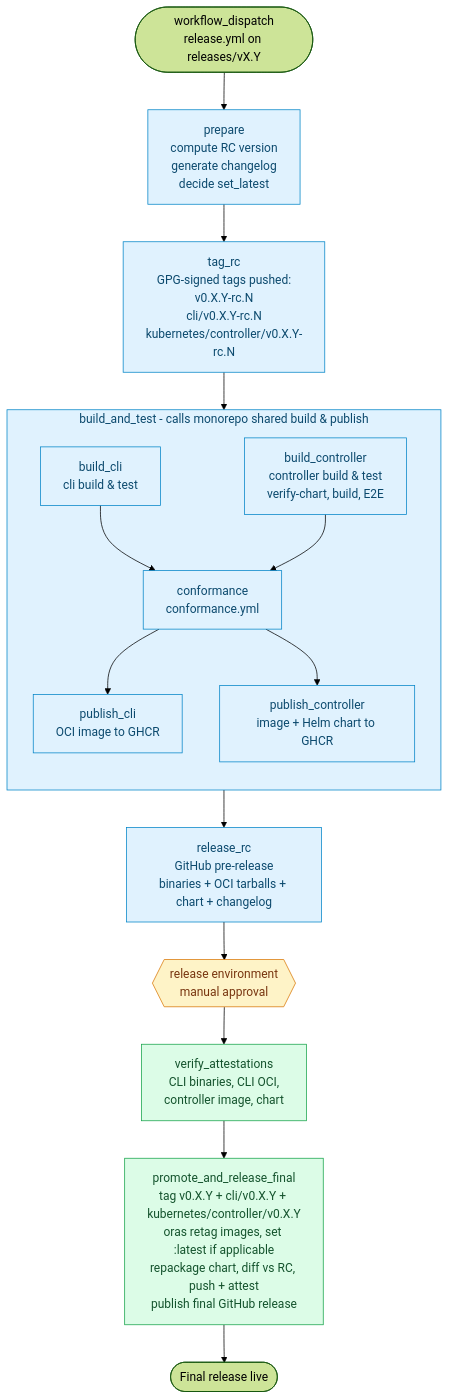
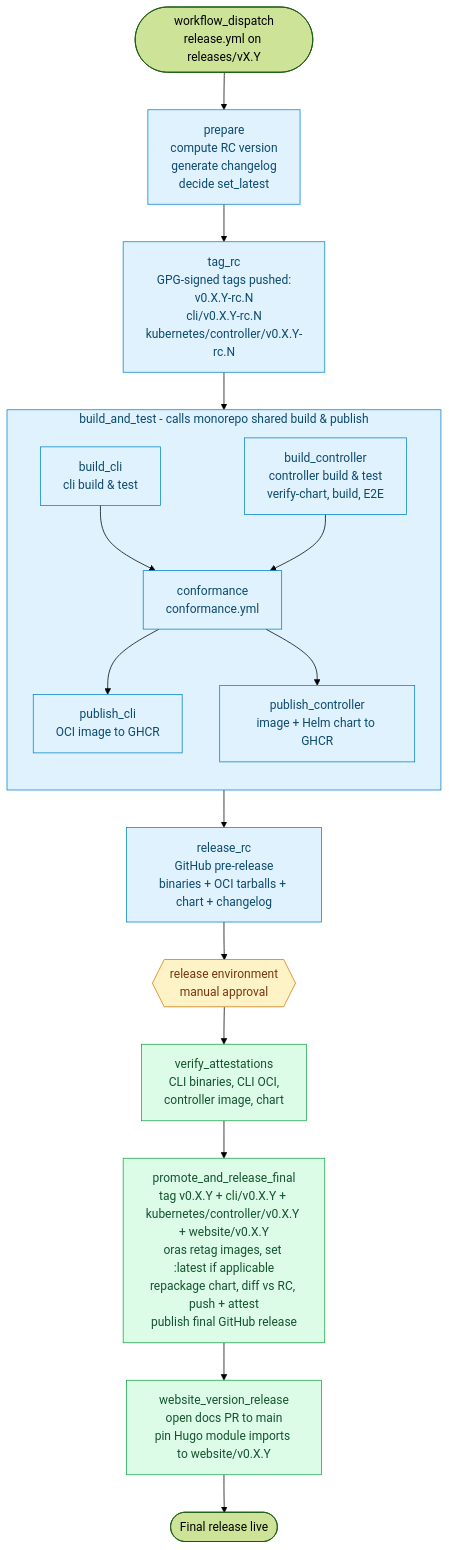
Before and after one commit to open-component-model/open-component-model: the second of 2 diagrams in RELEASE_PROCESS.md, drawn with Mermaid (forest theme). The commit also changed other lines of this file, not shown here.

First line of the commit message:
docs(release): document website integration into unified release flow

````diff
--- a/RELEASE_PROCESS.md
+++ b/RELEASE_PROCESS.md
@@ -48,35 +51,36 @@
 ```mermaid
 flowchart TD
     Start([workflow_dispatch<br/>release.yml on releases/vX.Y])
     Start --> Prepare[prepare<br/>compute RC version<br/>generate changelog<br/>decide set_latest]
     Prepare --> TagRC[tag_rc<br/>GPG-signed tags pushed:<br/>v0.X.Y-rc.N<br/>cli/v0.X.Y-rc.N<br/>kubernetes/controller/v0.X.Y-rc.N]
     TagRC --> Pipeline
 
     subgraph Pipeline["build_and_test - calls monorepo shared build & publish"]
         direction TB
         BuildCLI["build_cli<br/>cli build & test"]
         BuildCtl["build_controller<br/>controller build & test<br/>verify-chart, build, E2E"]
         Conf[conformance<br/>conformance.yml]
         PubCLI[publish_cli<br/>OCI image to GHCR]
         PubCtl[publish_controller<br/>image + Helm chart to GHCR]
 
         BuildCLI --> Conf
         BuildCtl --> Conf
         Conf --> PubCLI
         Conf --> PubCtl
     end
 
     Pipeline --> ReleaseRC[release_rc<br/>GitHub pre-release<br/>binaries + OCI tarballs + chart + changelog]
     ReleaseRC --> Gate{{release environment<br/>manual approval}}
     Gate --> Verify[verify_attestations<br/>CLI binaries, CLI OCI,<br/>controller image, chart]
-    Verify --> Promote[promote_and_release_final<br/>tag v0.X.Y + cli/v0.X.Y + kubernetes/controller/v0.X.Y<br/>oras retag images, set :latest if applicable<br/>repackage chart, diff vs RC, push + attest<br/>publish final GitHub release]
-    Promote --> End([Final release live])
+    Verify --> Promote[promote_and_release_final<br/>tag v0.X.Y + cli/v0.X.Y + kubernetes/controller/v0.X.Y + website/v0.X.Y<br/>oras retag images, set :latest if applicable<br/>repackage chart, diff vs RC, push + attest<br/>publish final GitHub release]
+    Promote --> WebsiteDocs[website_version_release<br/>open docs PR to main<br/>pin Hugo module imports to website/v0.X.Y]
+    WebsiteDocs --> End([Final release live])
 
     classDef rc fill:#e0f2fe,stroke:#0284c7,color:#0c4a6e
     classDef final fill:#dcfce7,stroke:#16a34a,color:#14532d
     classDef gate fill:#fef3c7,stroke:#d97706,color:#78350f
 
     class Prepare,TagRC,Pipeline,ReleaseRC,BuildCLI,BuildCtl,Conf,PubCLI,PubCtl rc
-    class Verify,Promote final
+    class Verify,Promote,WebsiteDocs final
     class Gate gate
 ```
````
